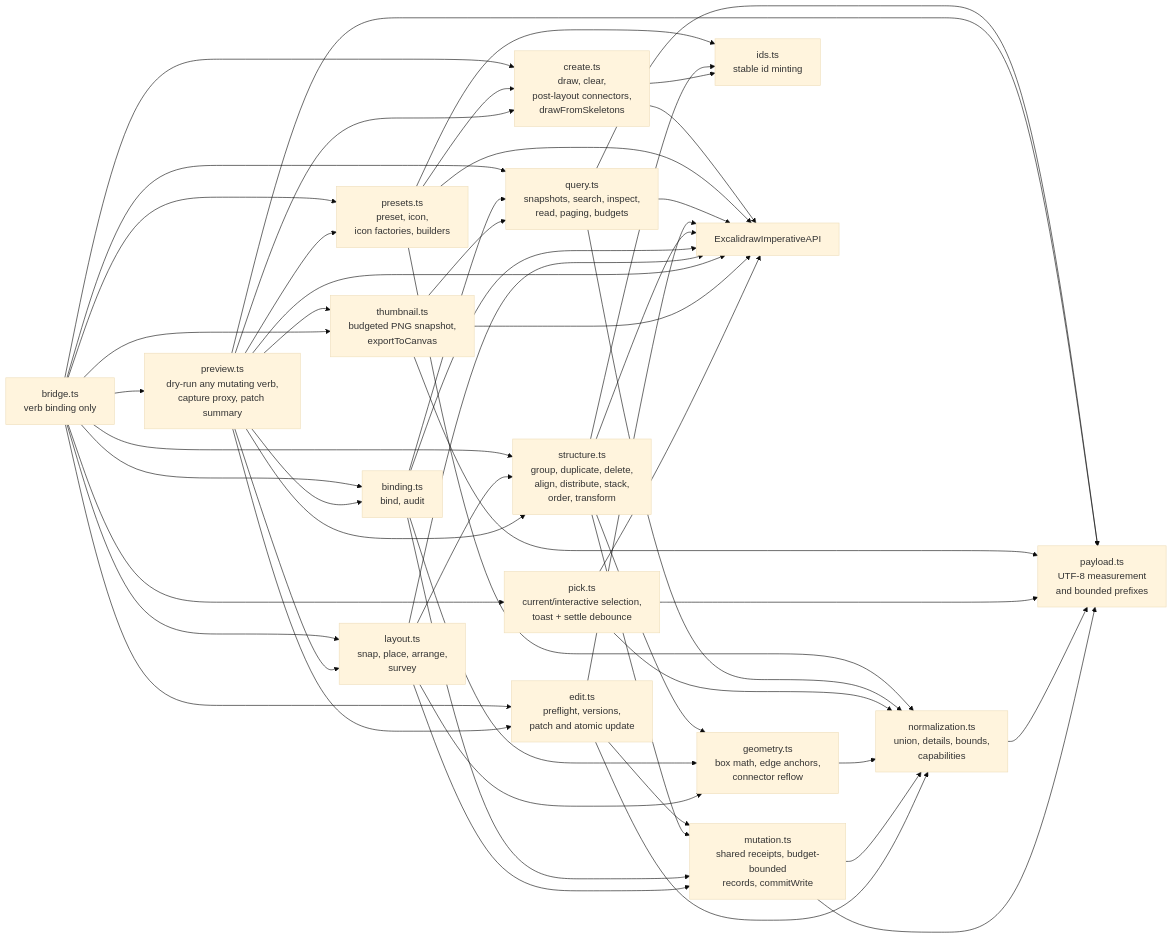
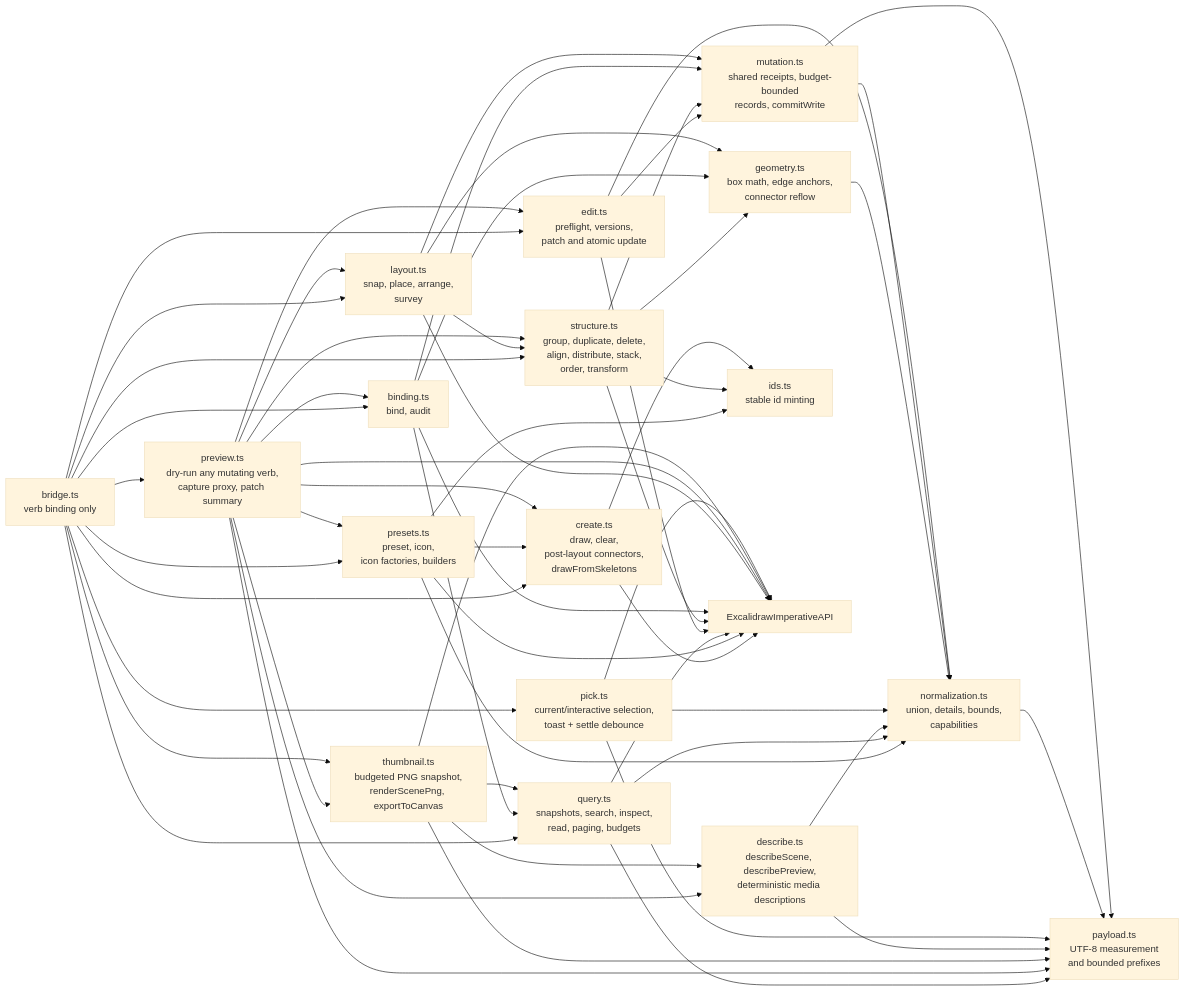
The tenth of 14 diagrams in docs/app-harness.md (NNTin/tinytinkerer), drawn with Mermaid (base theme) before and after one commit. The commit also changed other lines of this file and 27 other files, not shown here.

````diff
--- a/docs/app-harness.md
+++ b/docs/app-harness.md
@@ -574,64 +667,69 @@
 ```mermaid
 flowchart LR
   bridge["bridge.ts<br/>verb binding only"]
   create["create.ts<br/>draw, clear,<br/>post-layout connectors,<br/>drawFromSkeletons"]
   presets["presets.ts<br/>preset, icon,<br/>icon factories, builders"]
   query["query.ts<br/>snapshots, search, inspect,<br/>read, paging, budgets"]
   normalization["normalization.ts<br/>union, details, bounds,<br/>capabilities"]
   edit["edit.ts<br/>preflight, versions,<br/>patch and atomic update"]
   structure["structure.ts<br/>group, duplicate, delete,<br/>align, distribute, stack,<br/>order, transform"]
   binding["binding.ts<br/>bind, audit"]
   layout["layout.ts<br/>snap, place, arrange,<br/>survey"]
   preview["preview.ts<br/>dry-run any mutating verb,<br/>capture proxy, patch summary"]
-  thumbnail["thumbnail.ts<br/>budgeted PNG snapshot,<br/>exportToCanvas"]
+  thumbnail["thumbnail.ts<br/>budgeted PNG snapshot,<br/>renderScenePng, exportToCanvas"]
+  describe["describe.ts<br/>describeScene, describePreview,<br/>deterministic media descriptions"]
   pick["pick.ts<br/>current/interactive selection,<br/>toast + settle debounce"]
   geometry["geometry.ts<br/>box math, edge anchors,<br/>connector reflow"]
   mutation["mutation.ts<br/>shared receipts, budget-bounded<br/>records, commitWrite"]
   ids["ids.ts<br/>stable id minting"]
   payload["payload.ts<br/>UTF-8 measurement<br/>and bounded prefixes"]
   api["ExcalidrawImperativeAPI"]
 
   bridge --> create --> api
   bridge --> presets --> api
   presets --> create
   presets --> ids
   presets --> normalization
   bridge --> query --> api
   query --> normalization
   query --> payload
   bridge --> edit --> api
   edit --> mutation
   bridge --> structure --> api
   structure --> mutation
   structure --> ids
   structure --> geometry
   bridge --> binding --> api
   binding --> mutation
   binding --> query
   binding --> geometry
   bridge --> layout --> api
   layout --> structure
   layout --> mutation
   layout --> geometry
   bridge --> preview --> api
   preview --> create
   preview --> edit
   preview --> structure
   preview --> binding
   preview --> layout
   preview --> presets
   preview --> payload
   preview --> thumbnail
+  preview --> describe
   bridge --> thumbnail --> api
   thumbnail --> query
   thumbnail --> payload
+  thumbnail --> describe
+  describe --> normalization
+  describe --> payload
   bridge --> pick --> api
   pick --> normalization
   pick --> payload
   geometry --> normalization
   create --> ids
   mutation --> normalization
   edit --> normalization
   normalization --> payload
   mutation --> payload
 ```
````
